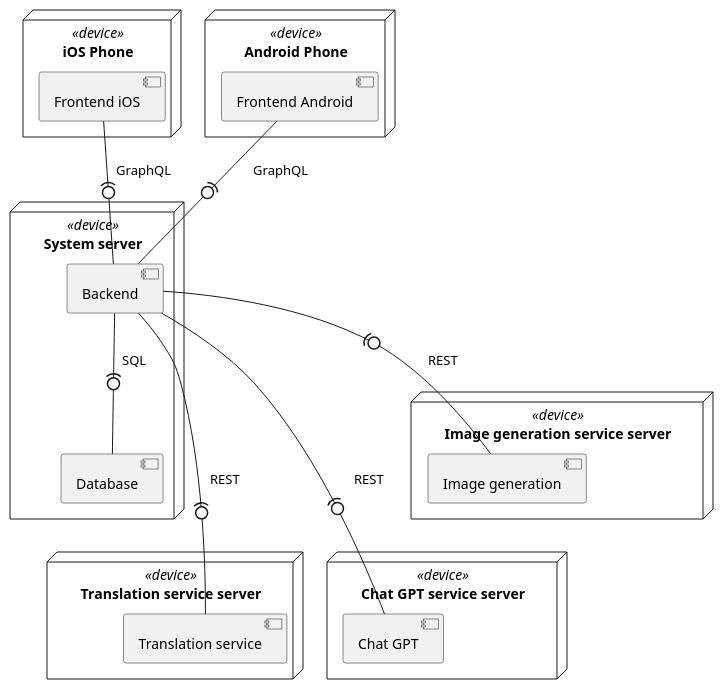
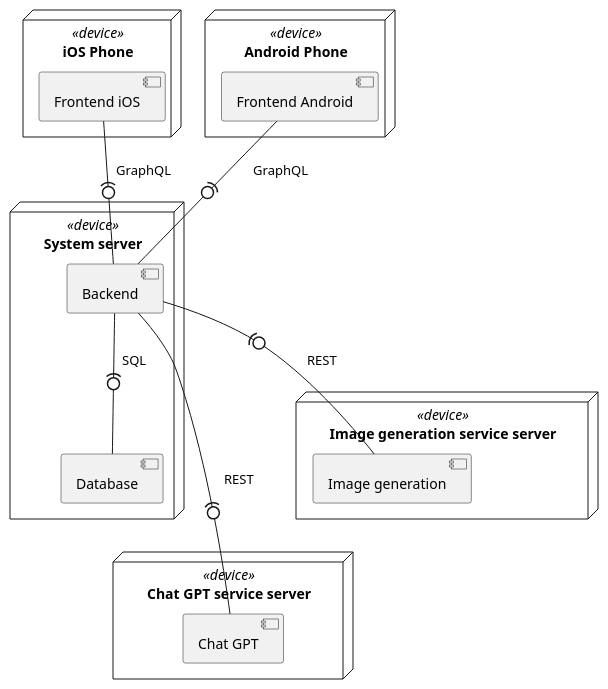
Before and after one commit to kambed/FoodzillaArchitecture: the first of 2 diagrams in Components.md, drawn with PlantUML. The commit also changed other lines of this file and 3 other files, not shown here.

````diff
--- a/Components.md
+++ b/Components.md
@@ -2,31 +2,27 @@
 ```plantuml
 @startuml
 node "iOS Phone" <<device>> {
     component "Frontend iOS" as frontendIos
 }
 node "Android Phone" <<device>> {
     component "Frontend Android" as frontendAndroid
 }
 node "System server" <<device>> {
     component "Backend" as backend
     component "Database" as database
 }
-node "Translation service server" <<device>> {
-    component "Translation service" as translator
-}
 node "Chat GPT service server" <<device>> {
     component "Chat GPT" as chatGpt
 }
 node "Image generation service server" <<device>> {
     component "Image generation" as imageGeneration
 }
 
 frontendAndroid -(0- backend: GraphQL
 frontendIos -(0- backend: GraphQL
 
 backend -(0- database :SQL
-backend --(0- translator :REST
 backend --(0- chatGpt: REST
 backend -(0- imageGeneration: REST
 @enduml
 ```
````
